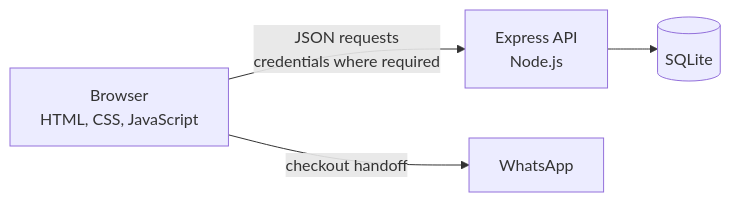
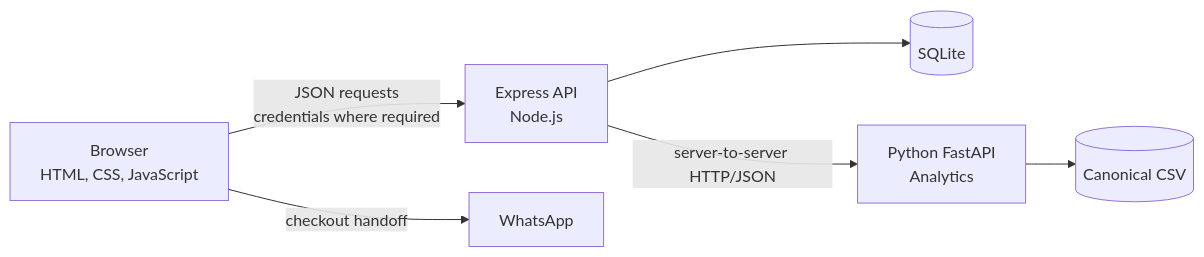
Before and after one commit to thoriqasnan/umkm-kuliner-profile: the diagram in README.md, drawn with Mermaid. The commit also changed other lines of this file and 8 other files, not shown here.

Commit message:
feat: integrate Node with Python analytics service

````diff
--- a/README.md
+++ b/README.md
@@ -60,11 +60,15 @@
 ```mermaid
 flowchart LR
     Browser[Browser<br/>HTML, CSS, JavaScript]
     API[Express API<br/>Node.js]
     DB[(SQLite)]
+    PY[Python FastAPI<br/>Analytics]
+    CSV[(Canonical CSV)]
     WA[WhatsApp]
 
     Browser -->|JSON requests<br/>credentials where required| API
     API --> DB
+    API -->|server-to-server HTTP/JSON| PY
+    PY --> CSV
     Browser -->|checkout handoff| WA
 ```
````
